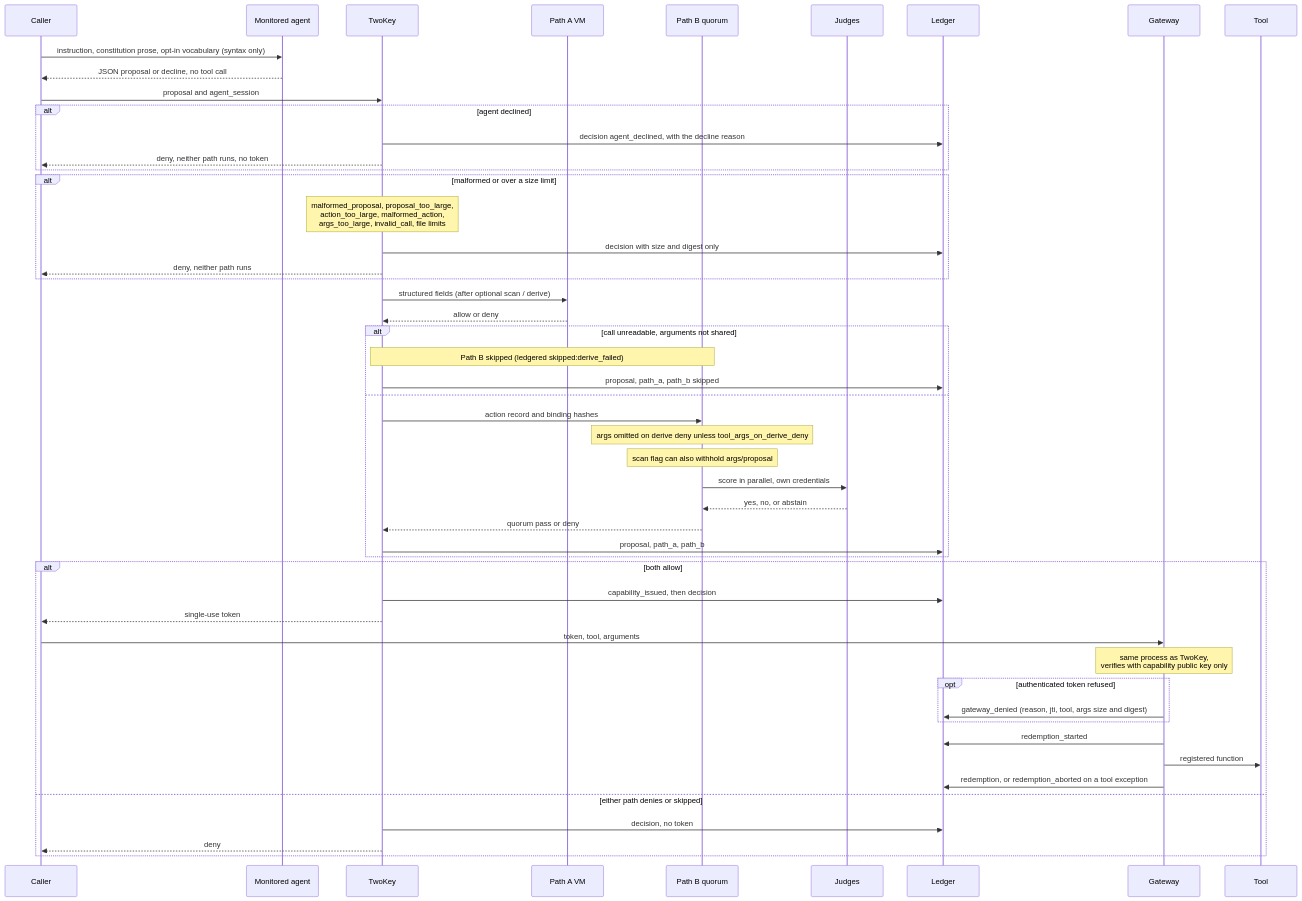
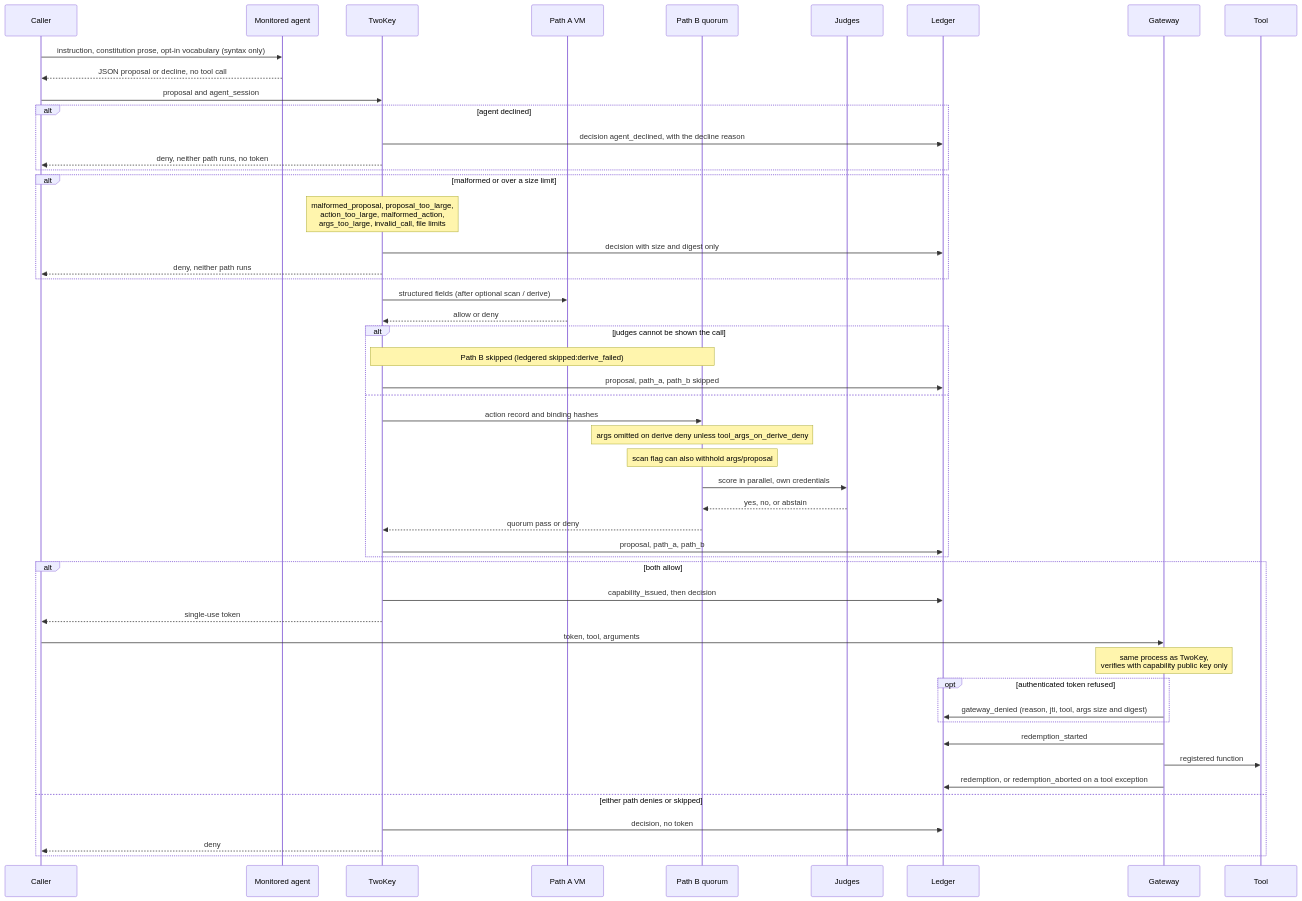
One commit to Insomniac-VibeLabs/two-key changed the third of 4 diagrams in README.md. Above: the diagram before and after it, drawn with Mermaid. The commit also changed other lines of this file and 1 other file, not shown here.

First line of the commit message:
README: ask "can the judges be shown this call?" instead of an AND of two negatives

````diff
--- a/README.md
+++ b/README.md
@@ -425,54 +429,54 @@
 ```mermaid
 sequenceDiagram
   participant Caller
   participant Agent as Monitored agent
   participant TwoKey
   participant PathA as Path A VM
   participant PathB as Path B quorum
   participant Judge as Judges
   participant Ledger
   participant Gateway
   participant Tool
 
   Caller->>Agent: instruction, constitution prose, opt-in vocabulary (syntax only)
   Agent-->>Caller: JSON proposal or decline, no tool call
   Caller->>TwoKey: proposal and agent_session
   alt agent declined
     TwoKey->>Ledger: decision agent_declined, with the decline reason
     TwoKey-->>Caller: deny, neither path runs, no token
   end
   alt malformed or over a size limit
     Note over TwoKey: malformed_proposal, proposal_too_large,<br/>action_too_large, malformed_action,<br/>args_too_large, invalid_call, file limits
     TwoKey->>Ledger: decision with size and digest only
     TwoKey-->>Caller: deny, neither path runs
   end
   TwoKey->>PathA: structured fields (after optional scan / derive)
   PathA-->>TwoKey: allow or deny
-  alt call unreadable, arguments not shared
+  alt judges cannot be shown the call
     Note over TwoKey,PathB: Path B skipped (ledgered skipped:derive_failed)
     TwoKey->>Ledger: proposal, path_a, path_b skipped
   else
     TwoKey->>PathB: action record and binding hashes
     Note over PathB: args omitted on derive deny unless tool_args_on_derive_deny
     Note over PathB: scan flag can also withhold args/proposal
     PathB->>Judge: score in parallel, own credentials
     Judge-->>PathB: yes, no, or abstain
     PathB-->>TwoKey: quorum pass or deny
     TwoKey->>Ledger: proposal, path_a, path_b
   end
   alt both allow
     TwoKey->>Ledger: capability_issued, then decision
     TwoKey-->>Caller: single-use token
     Caller->>Gateway: token, tool, arguments
     Note over Gateway: same process as TwoKey,<br/>verifies with capability public key only
     opt authenticated token refused
       Gateway->>Ledger: gateway_denied (reason, jti, tool, args size and digest)
     end
     Gateway->>Ledger: redemption_started
     Gateway->>Tool: registered function
     Gateway->>Ledger: redemption, or redemption_aborted on a tool exception
   else either path denies or skipped
     TwoKey->>Ledger: decision, no token
     TwoKey-->>Caller: deny
   end
 ```
````
